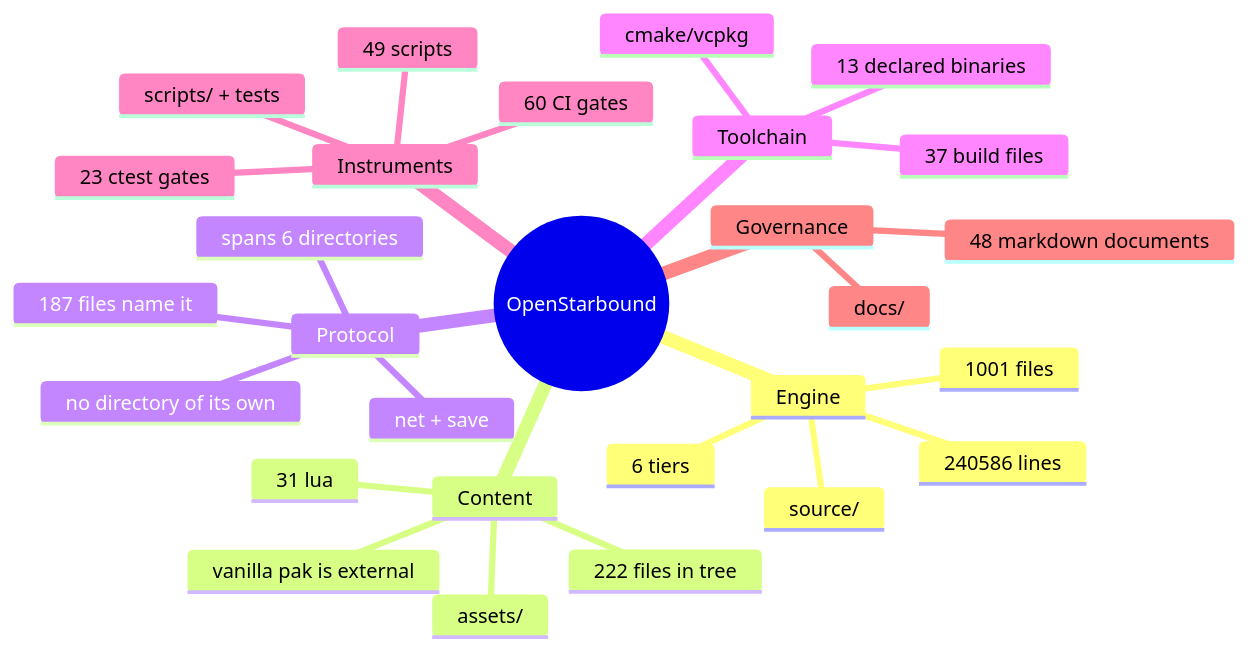
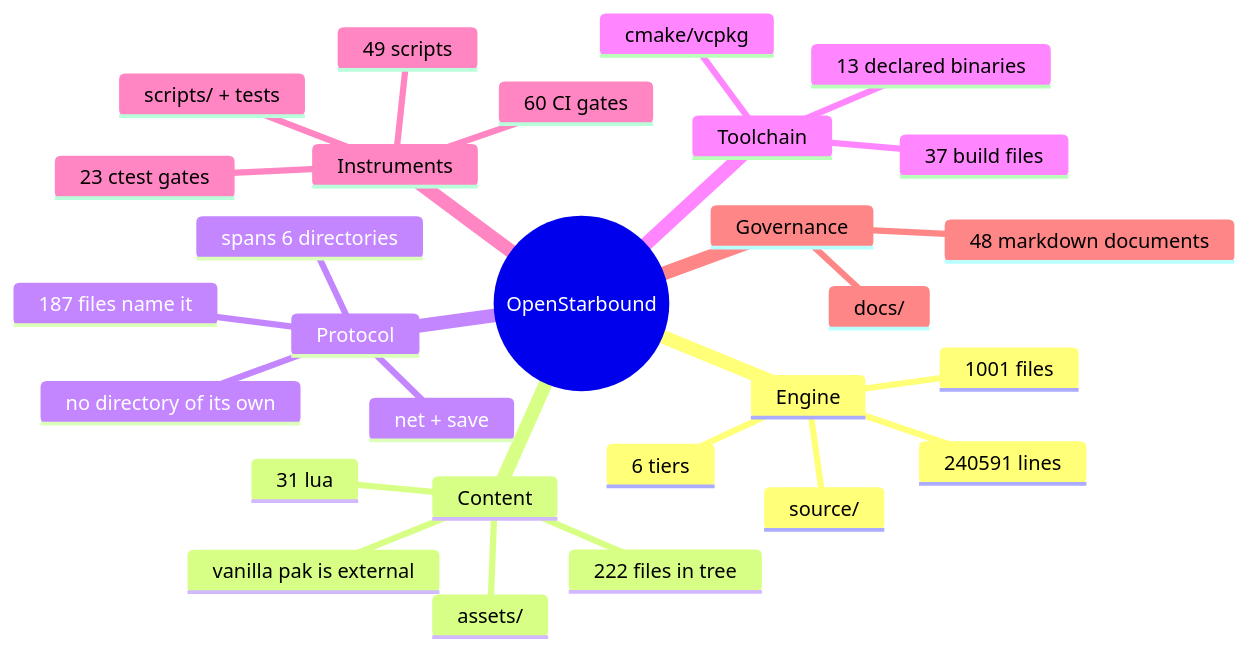
One commit to apnex/OpenStarbound changed the second of 11 diagrams in docs/architecture/system-boundaries.md. Above: the diagram before and after it, drawn with Mermaid. The commit also changed other lines of this file and 6 other files, not shown here.

````diff
--- a/docs/architecture/system-boundaries.md
+++ b/docs/architecture/system-boundaries.md
@@ -166,31 +166,31 @@
 ```mermaid
 mindmap
   root((OpenStarbound))
     Engine
       source/
       1001 files
-      240586 lines
+      240591 lines
       6 tiers
     Content
       assets/
       222 files in tree
       31 lua
       vanilla pak is external
     Protocol
       net + save
       187 files name it
       spans 6 directories
       no directory of its own
     Toolchain
       cmake/vcpkg
       37 build files
       13 declared binaries
     Instruments
       scripts/ + tests
       49 scripts
       23 ctest gates
       60 CI gates
     Governance
       docs/
       48 markdown documents
 ```
````
